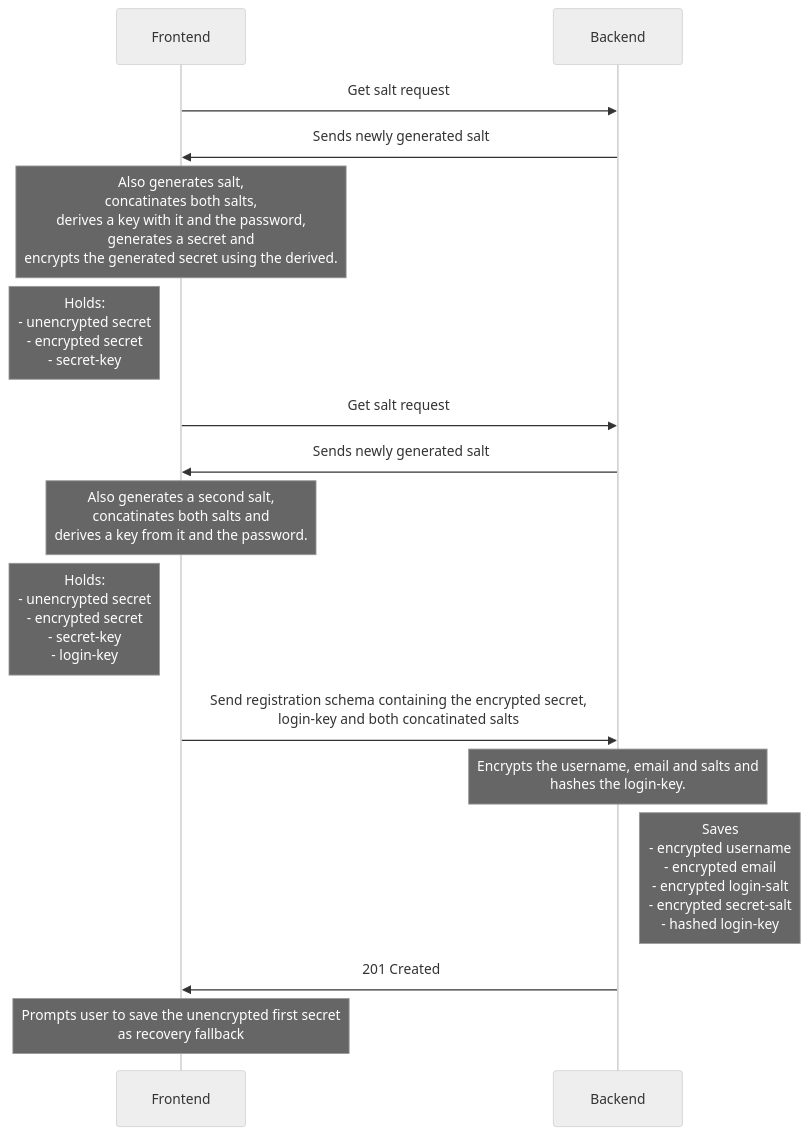
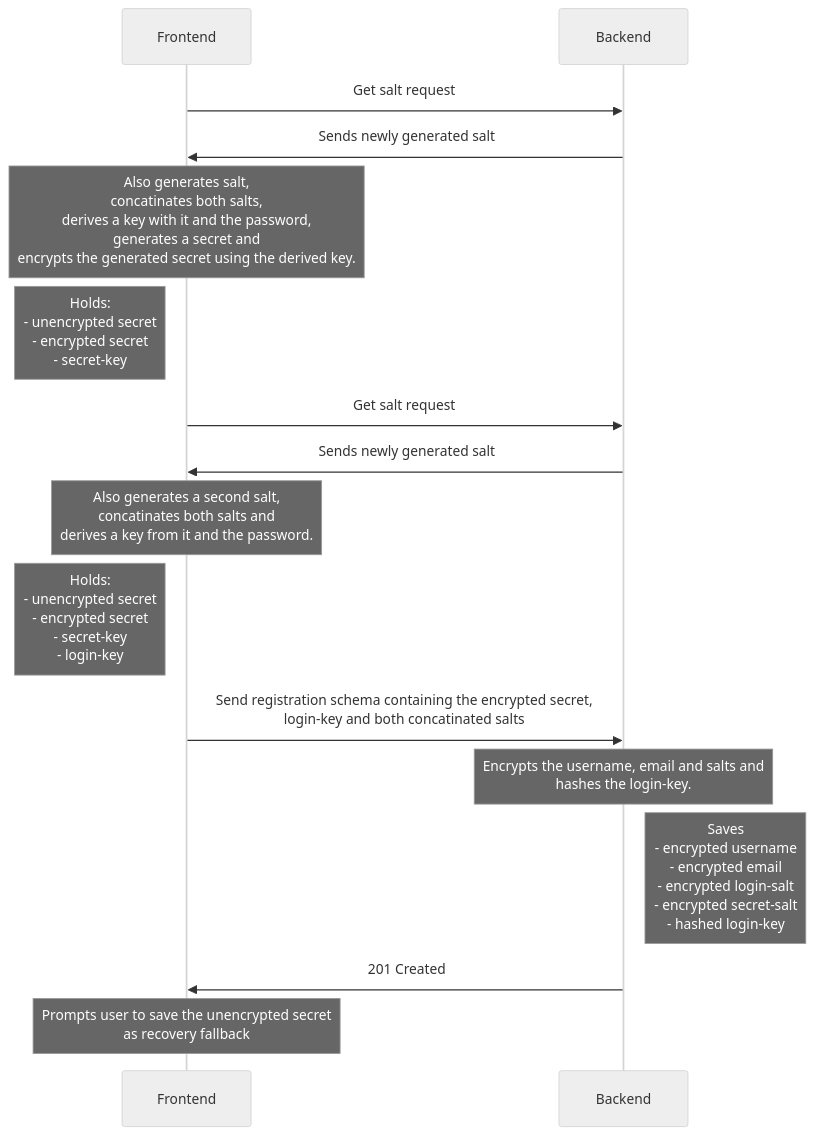
The first of 6 diagrams in sequence.md (Tinkerforge/esp32-remote-access), drawn with Mermaid (neutral theme) before and after one commit. The commit also changed other lines of this file, not shown here.

````diff
--- a/sequence.md
+++ b/sequence.md
@@ -9,16 +9,16 @@
 ```mermaid
 sequenceDiagram
     Frontend->>Backend: Get salt request
     Backend->>Frontend: Sends newly generated salt
-    Note over Frontend: Also generates salt,<br>concatinates both salts,<br>derives a key with it and the password,<br>generates a secret and<br>encrypts the generated secret using the derived.
+    Note over Frontend: Also generates salt,<br>concatinates both salts,<br>derives a key with it and the password,<br>generates a secret and<br>encrypts the generated secret using the derived key.
     Note left of Frontend: Holds: <br> - unencrypted secret <br> - encrypted secret <br> - secret-key
     Frontend->>Backend: Get salt request
     Backend->>Frontend: Sends newly generated salt
     Note over Frontend: Also generates a second salt,<br>concatinates both salts and<br> derives a key from it and the password.
     Note left of Frontend: Holds: <br> - unencrypted secret <br> - encrypted secret <br> - secret-key <br> - login-key
     Frontend->>Backend: Send registration schema containing the encrypted secret,<br> login-key and both concatinated salts
     Note over Backend: Encrypts the username, email and salts and <br> hashes the login-key.
     Note right of Backend: Saves <br> - encrypted username <br> - encrypted email <br> - encrypted login-salt <br> - encrypted secret-salt <br> - hashed login-key
     Backend->>Frontend: 201 Created
-    Note over Frontend: Prompts user to save the unencrypted first secret<br>as recovery fallback
+    Note over Frontend: Prompts user to save the unencrypted secret<br>as recovery fallback
 ```
````
